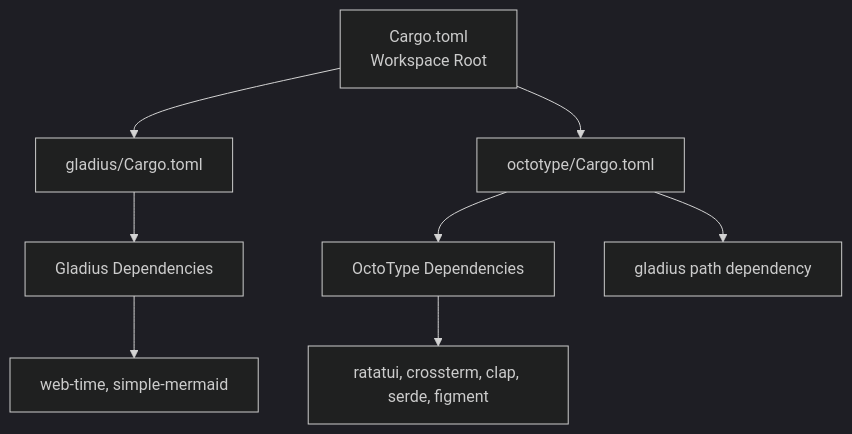
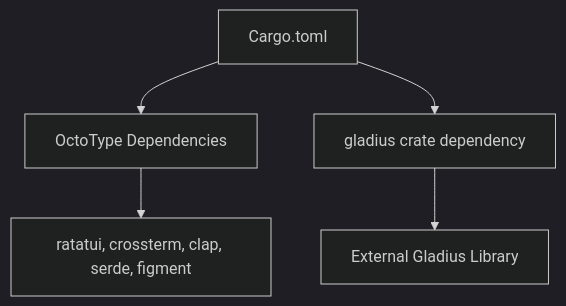
Before and after one commit to mahlquistj/octotype: the sixth of 6 diagrams in docs/docs/contributing/development/project-structure.md, drawn with Mermaid (dark theme). The commit also changed other lines of this file and 1 other file, not shown here.

````diff
--- a/docs/docs/contributing/development/project-structure.md
+++ b/docs/docs/contributing/development/project-structure.md
@@ -197,12 +199,8 @@
 ```mermaid
 graph TB
-    A[Cargo.toml<br/>Workspace Root] --> B[gladius/Cargo.toml]
-    A --> C[octotype/Cargo.toml]
-    
-    B --> D[Gladius Dependencies]
-    C --> E[OctoType Dependencies]
-    C --> F[gladius path dependency]
-    
-    D --> G[web-time, simple-mermaid]
-    E --> H[ratatui, crossterm, clap, serde, figment]
+    A[Cargo.toml] --> B[OctoType Dependencies]
+    A --> C[gladius crate dependency]
+
+    B --> D[ratatui, crossterm, clap, serde, figment]
+    C --> E[External Gladius Library]
 ```
````
